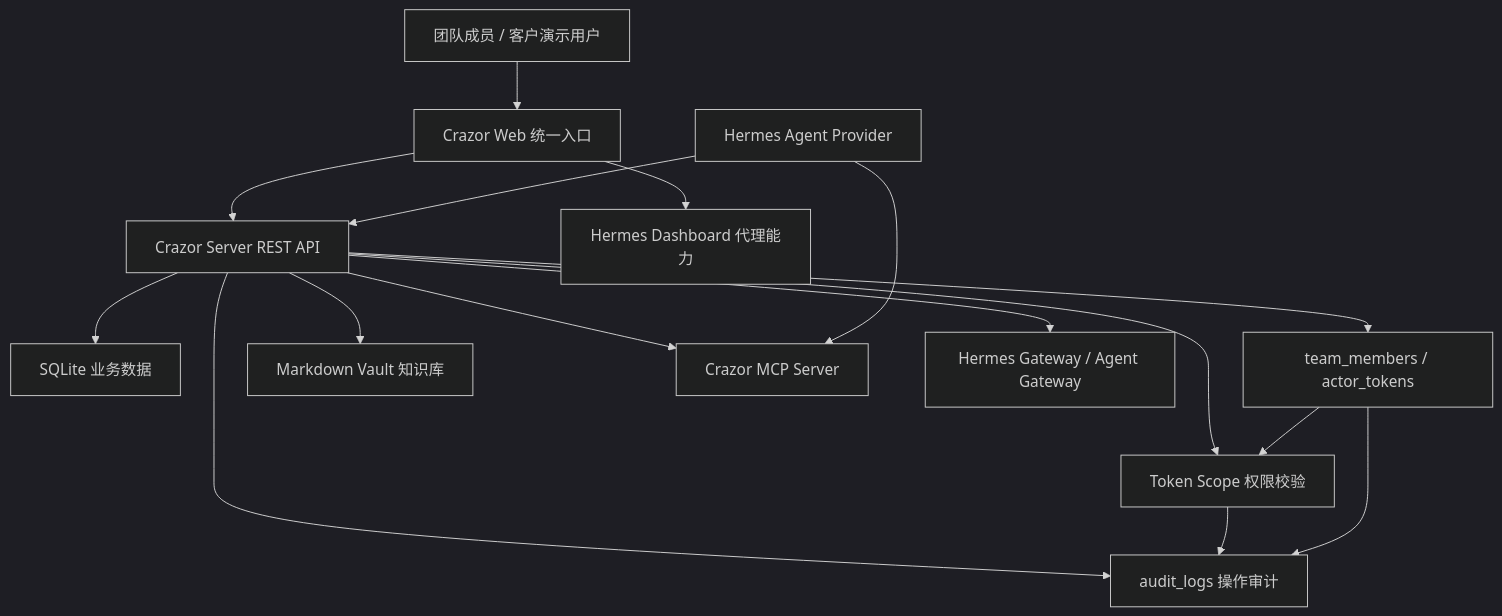
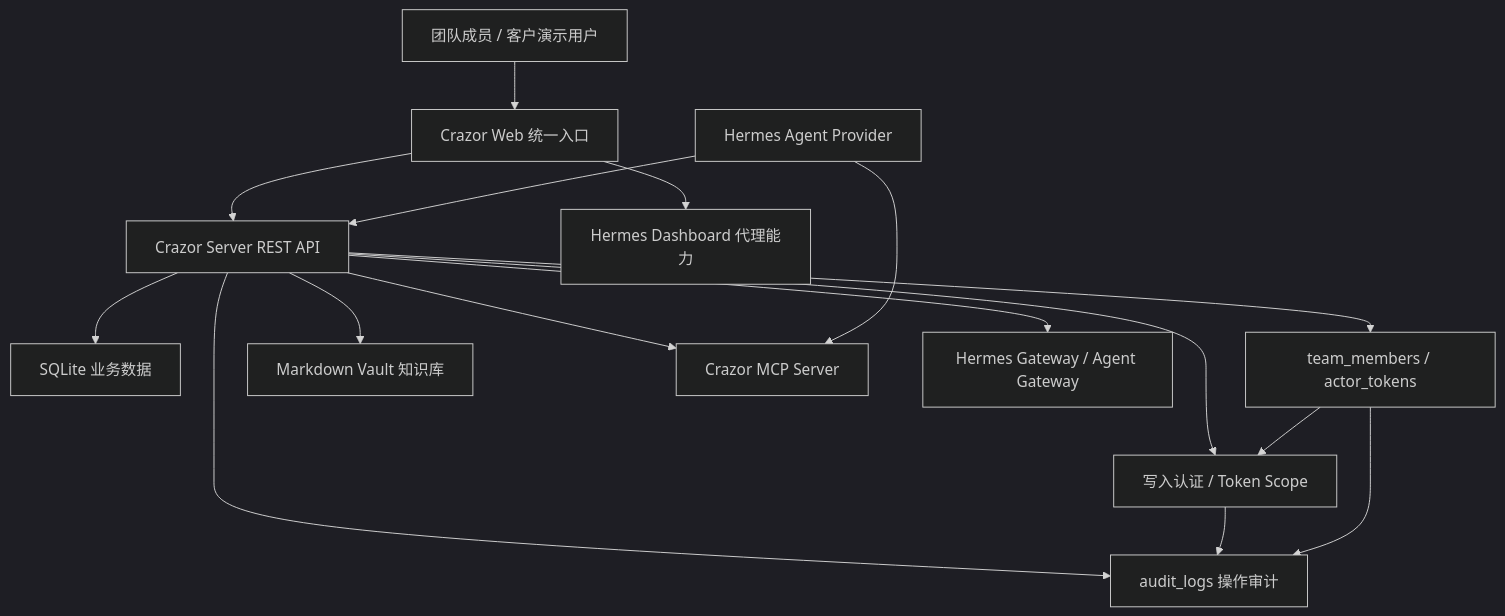
Before and after one commit to superxia01/Crazor: the first of 4 diagrams in docs/audit/product-function-map.md, drawn with Mermaid (dark theme). The commit also changed other lines of this file and 12 other files, not shown here.

````diff
--- a/docs/audit/product-function-map.md
+++ b/docs/audit/product-function-map.md
@@ -7,18 +7,18 @@
 ```mermaid
 graph TD
   User["团队成员 / 客户演示用户"] --> Web["Crazor Web 统一入口"]
   Web --> Server["Crazor Server REST API"]
   Web --> HermesDashboard["Hermes Dashboard 代理能力"]
   Server --> DB["SQLite 业务数据"]
   Server --> Identity["team_members / actor_tokens"]
-  Server --> Permission["Token Scope 权限校验"]
+  Server --> Permission["写入认证 / Token Scope"]
   Server --> Audit["audit_logs 操作审计"]
   Server --> Vault["Markdown Vault 知识库"]
   Server --> MCP["Crazor MCP Server"]
   Hermes["Hermes Agent Provider"] --> MCP
   Hermes --> Server
   Server --> HermesGateway["Hermes Gateway / Agent Gateway"]
   Identity --> Permission
   Permission --> Audit
   Identity --> Audit
 ```
````
